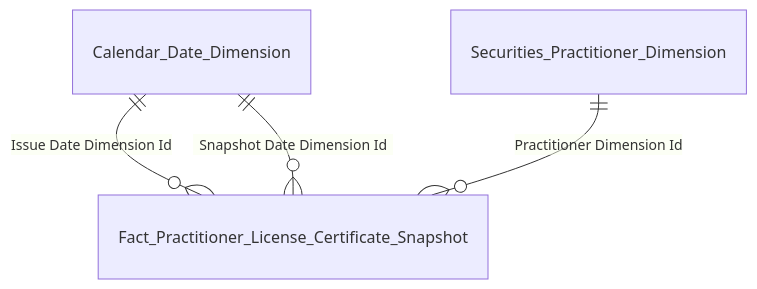
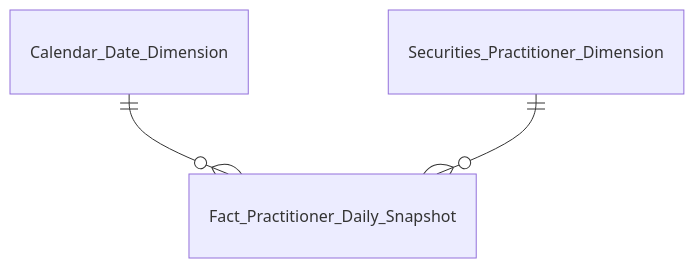
The fourth of 6 diagrams in Datamart/hld/DTM_NHNCK_Entities.md (linhlvit/ubck_atomic_design), drawn with Mermaid before and after one commit. The commit also changed other lines of this file and 25 other files, not shown here.

````diff
--- a/Datamart/hld/DTM_NHNCK_Entities.md
+++ b/Datamart/hld/DTM_NHNCK_Entities.md
@@ -87,6 +82,5 @@
 ```mermaid
 erDiagram
-    Calendar_Date_Dimension ||--o{ Fact_Practitioner_License_Certificate_Snapshot : "Issue Date Dimension Id"
-    Calendar_Date_Dimension ||--o{ Fact_Practitioner_License_Certificate_Snapshot : "Snapshot Date Dimension Id"
-    Securities_Practitioner_Dimension ||--o{ Fact_Practitioner_License_Certificate_Snapshot : "Practitioner Dimension Id"
+    Calendar_Date_Dimension ||--o{ Fact_Practitioner_Daily_Snapshot : " "
+    Securities_Practitioner_Dimension ||--o{ Fact_Practitioner_Daily_Snapshot : " "
 ```
````
